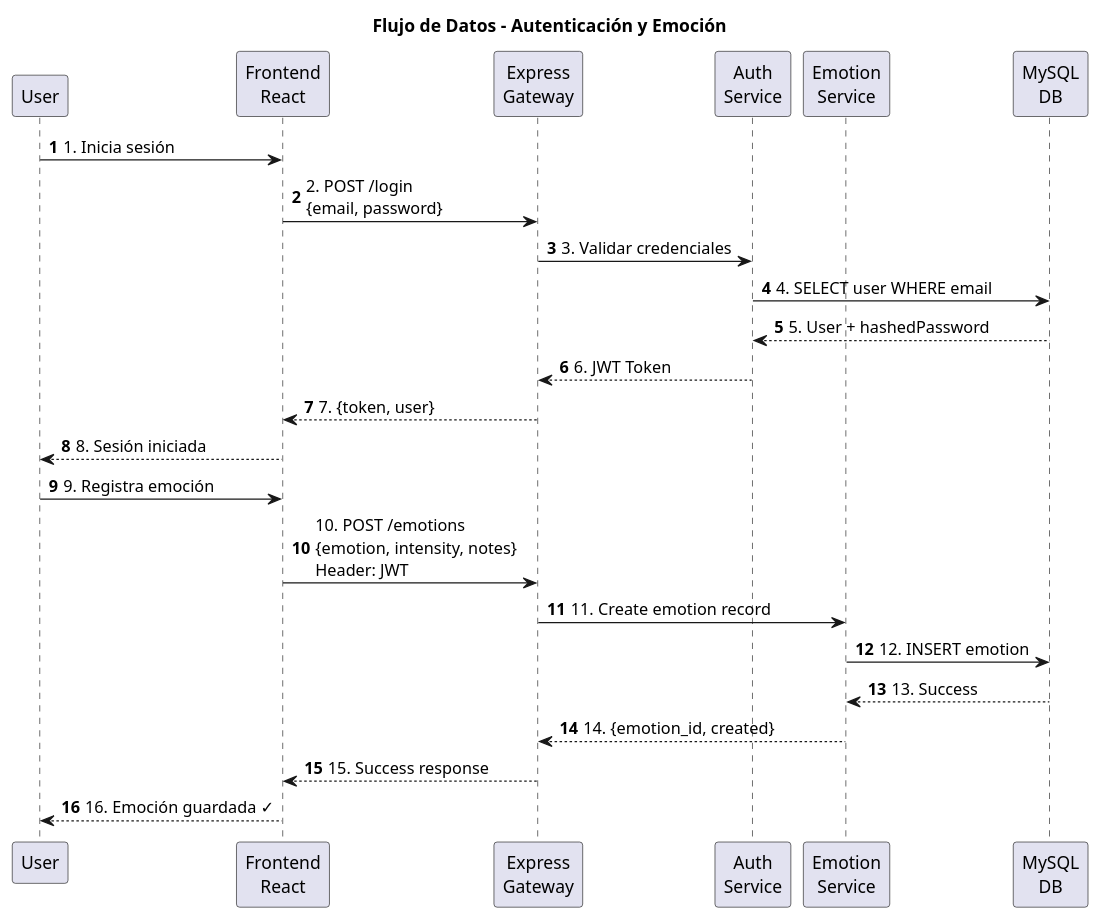
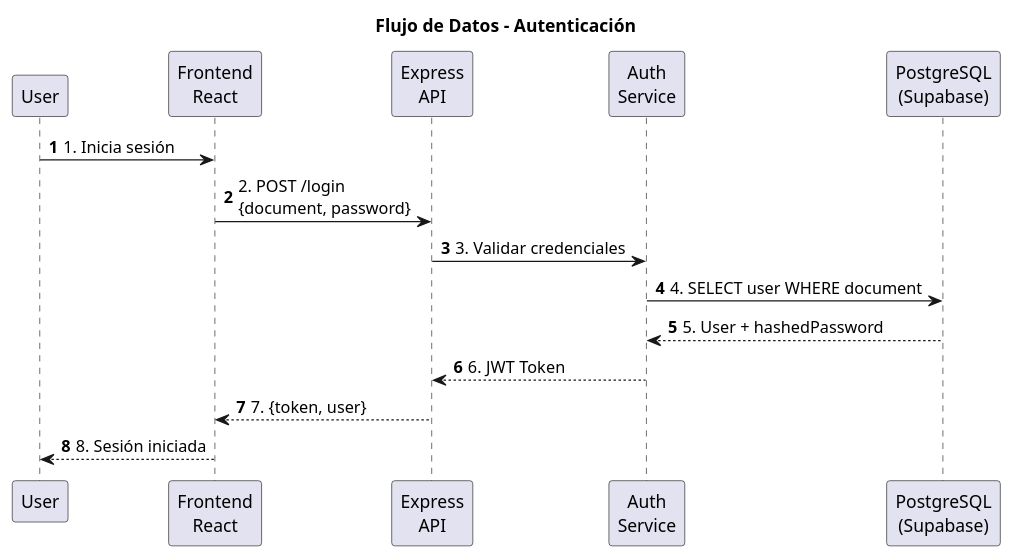
Before and after one commit to lui0slpk/Psychoway: the second of 2 diagrams in ARCHITECTURE.puml, drawn with PlantUML. The commit also changed other lines of this file and 1 other file, not shown here.

Commit message:
docs: update README and architecture diagram to reflect current stack

```diff
--- a/ARCHITECTURE.puml
+++ b/ARCHITECTURE.puml
@@ -219,33 +168,21 @@
 @startuml Psychoway_DataFlow
-title Flujo de Datos - Autenticación y Emoción
+title Flujo de Datos - Autenticación
 
 participant User as U
 participant "Frontend\nReact"
-participant "Express\nGateway" as Gateway
+participant "Express\nAPI" as Gateway
 participant "Auth\nService"
-participant "Emotion\nService"
-participant "MySQL\nDB"
+participant "PostgreSQL\n(Supabase)" as DB
 
 autonumber
 
 U -> "Frontend\nReact": 1. Inicia sesión
-"Frontend\nReact" -> Gateway: 2. POST /login\n{email, password}
+"Frontend\nReact" -> Gateway: 2. POST /login\n{document, password}
 Gateway -> "Auth\nService": 3. Validar credenciales
-"Auth\nService" -> "MySQL\nDB": 4. SELECT user WHERE email
-"MySQL\nDB" --> "Auth\nService": 5. User + hashedPassword
+"Auth\nService" -> DB: 4. SELECT user WHERE document
+DB --> "Auth\nService": 5. User + hashedPassword
 "Auth\nService" --> Gateway: 6. JWT Token
 Gateway --> "Frontend\nReact": 7. {token, user}
 "Frontend\nReact" --> U: 8. Sesión iniciada
 
-autonumber 9
-
-U -> "Frontend\nReact": 9. Registra emoción
-"Frontend\nReact" -> Gateway: 10. POST /emotions\n{emotion, intensity, notes}\nHeader: JWT
-Gateway -> "Emotion\nService": 11. Create emotion record
-"Emotion\nService" -> "MySQL\nDB": 12. INSERT emotion
-"MySQL\nDB" --> "Emotion\nService": 13. Success
-"Emotion\nService" --> Gateway: 14. {emotion_id, created}
-Gateway --> "Frontend\nReact": 15. Success response
-"Frontend\nReact" --> U: 16. Emoción guardada ✓
-
 @enduml
```
